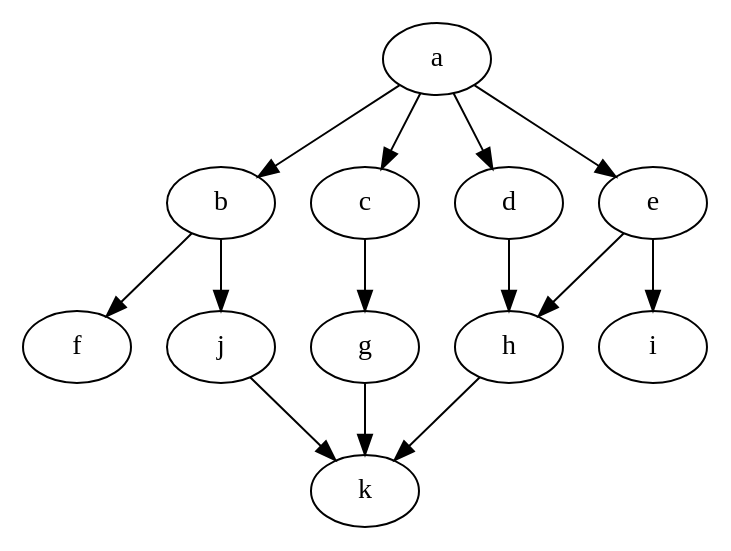
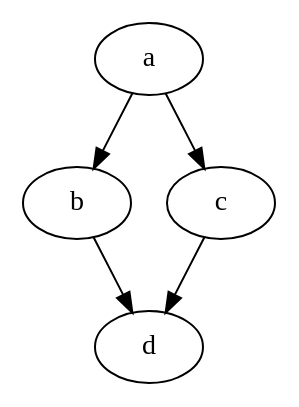
One commit to raghavgarg32/SOFTENG306Project1 changed the diagram in data/output.dot. Above: the diagram before and after it, drawn with Graphviz. The commit also changed 11 other files, not shown here.

```diff
--- a/data/output.dot
+++ b/data/output.dot
@@ -1,26 +1,10 @@
-digraph "example2" {
+digraph "example" {
 	a	[Weight=2,Start=0,Processor=1];
-	b	[Weight=4,Start=2,Processor=1];
-	c	[Weight=4,Start=9,Processor=1];
-	d	[Weight=5,Start=5,Processor=2];
-	e	[Weight=4,Start=6,Processor=3];
-	f	[Weight=3,Start=10,Processor=4];
-	g	[Weight=2,Start=13,Processor=1];
-	h	[Weight=5,Start=12,Processor=2];
-	i	[Weight=4,Start=15,Processor=1];
-	j	[Weight=3,Start=6,Processor=1];
-	k	[Weight=2,Start=17,Processor=2];
-	j->k	[Weight=6];
-	b->j	[Weight=6];
-	a->b	[Weight=6];
-	e->h	[Weight=2];
-	g->k	[Weight=2];
-	a->c	[Weight=2];
-	d->h	[Weight=4];
-	e->i	[Weight=3];
-	h->k	[Weight=3];
-	a->d	[Weight=3];
-	b->f	[Weight=4];
-	c->g	[Weight=2];
-	a->e	[Weight=4];
+	b	[Weight=3,Start=2,Processor=1];
+	c	[Weight=3,Start=3,Processor=2];
+	d	[Weight=2,Start=7,Processor=1];
+	a->b	[Weight=2];
+	b->d	[Weight=2];
+	a->c	[Weight=1];
+	c->d	[Weight=1];
 }
```
